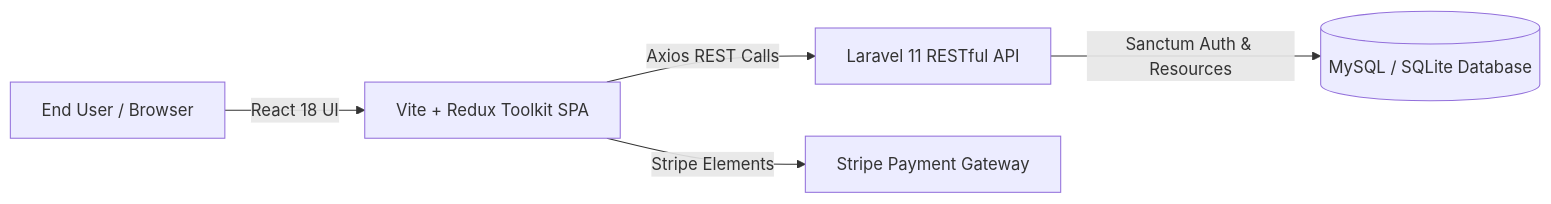
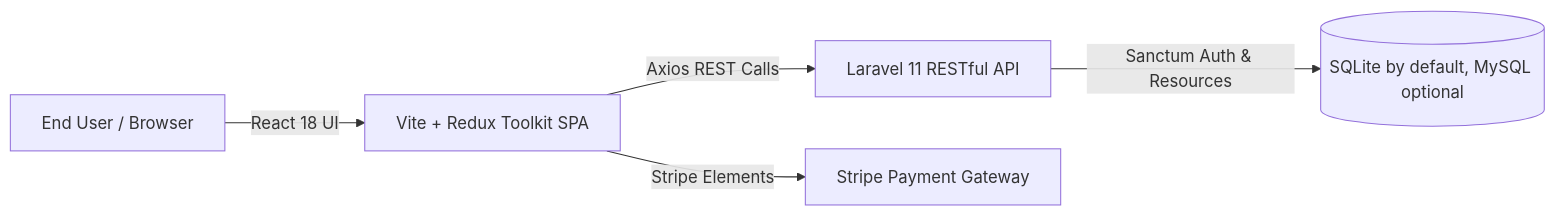
One commit to namirma/laravel11-react-ecommerce changed the diagram in README.md. Above: the diagram before and after it, drawn with Mermaid. The commit also changed other lines of this file and 7 other files, not shown here.

````diff
--- a/README.md
+++ b/README.md
@@ -16,7 +19,7 @@
 ```mermaid
 graph LR
     User[End User / Browser] -->|React 18 UI| Frontend[Vite + Redux Toolkit SPA]
     Frontend -->|Axios REST Calls| API[Laravel 11 RESTful API]
     Frontend -->|Stripe Elements| Stripe[Stripe Payment Gateway]
-    API -->|Sanctum Auth & Resources| Database[(MySQL / SQLite Database)]
+    API -->|Sanctum Auth & Resources| Database[(SQLite by default, MySQL optional)]
 ```
````
